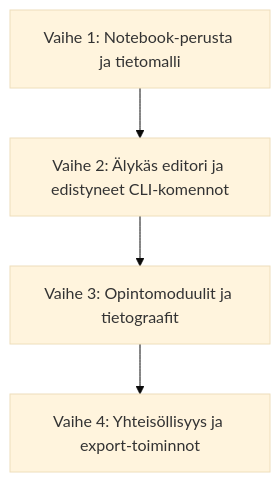
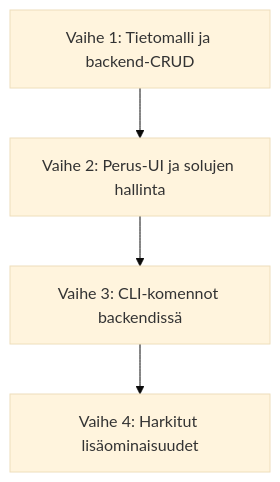
One commit to mvirtai/clible-v3-go changed the diagram in .plans/05-notebooks-and-study-paths/00-notebooks-roadmap.md. Above: the diagram before and after it, drawn with Mermaid (base theme). The commit also changed other lines of this file and 19 other files, not shown here.

````diff
--- a/.plans/05-notebooks-and-study-paths/00-notebooks-roadmap.md
+++ b/.plans/05-notebooks-and-study-paths/00-notebooks-roadmap.md
@@ -11,6 +16,6 @@
 ```mermaid
 graph TD
-    V1[Vaihe 1: Notebook-perusta ja tietomalli] --> V2[Vaihe 2: Älykäs editori ja edistyneet CLI-komennot]
-    V2 --> V3[Vaihe 3: Opintomoduulit ja tietograafit]
-    V3 --> V4[Vaihe 4: Yhteisöllisyys ja export-toiminnot]
+    V1[Vaihe 1: Tietomalli ja backend-CRUD] --> V2[Vaihe 2: Perus-UI ja solujen hallinta]
+    V2 --> V3[Vaihe 3: CLI-komennot backendissä]
+    V3 --> V4[Vaihe 4: Harkitut lisäominaisuudet]
 ```
````
